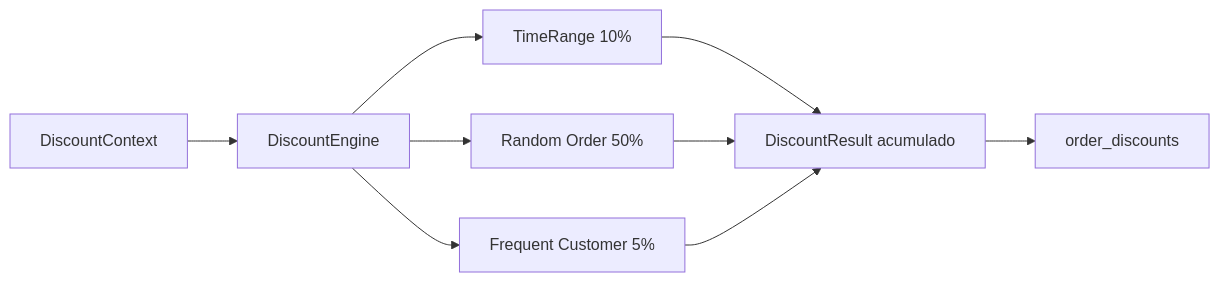
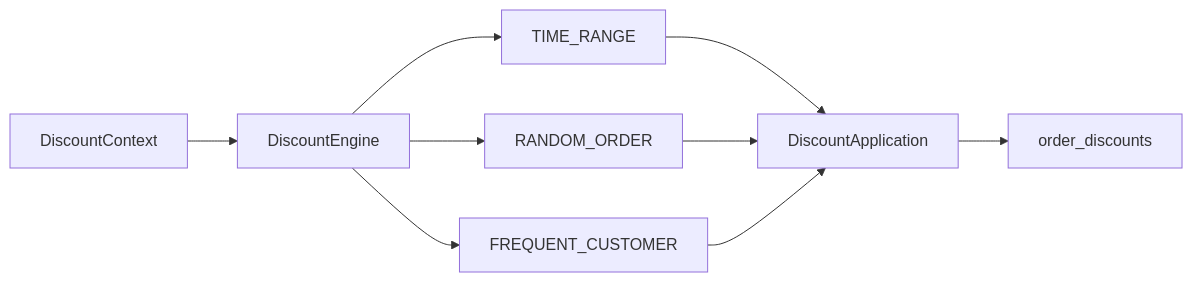
One commit to CristhianLagunaM/launchforge changed the sixth of 8 diagrams in docs/architecture.md. Above: the diagram before and after it, drawn with Mermaid. The commit also changed other lines of this file and 30 other files, not shown here.

````diff
--- a/docs/architecture.md
+++ b/docs/architecture.md
@@ -34,11 +159,11 @@
 ```mermaid
 flowchart LR
     C[DiscountContext] --> E[DiscountEngine]
-    E --> T[TimeRange 10%]
-    E --> R[Random Order 50%]
-    E --> F[Frequent Customer 5%]
-    T --> O[DiscountResult acumulado]
+    E --> T[TIME_RANGE]
+    E --> R[RANDOM_ORDER]
+    E --> F[FREQUENT_CUSTOMER]
+    T --> O[DiscountApplication]
     R --> O
     F --> O
     O --> D[order_discounts]
 ```
````
